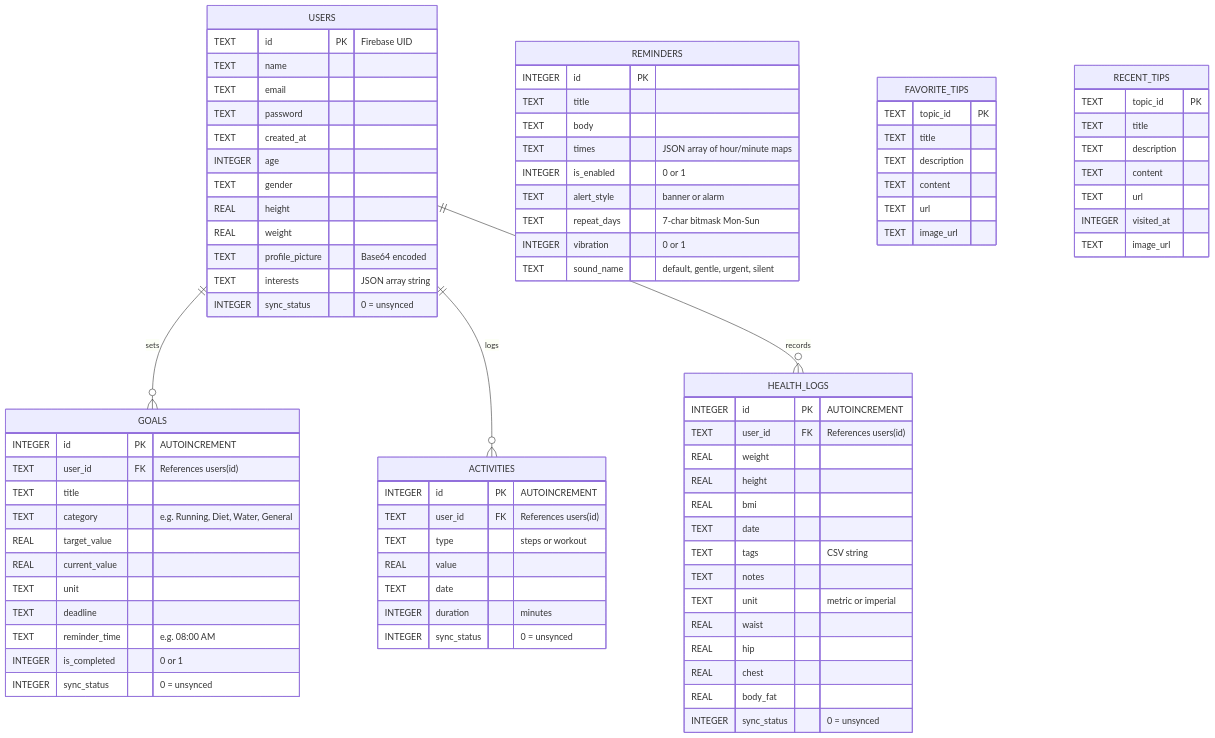
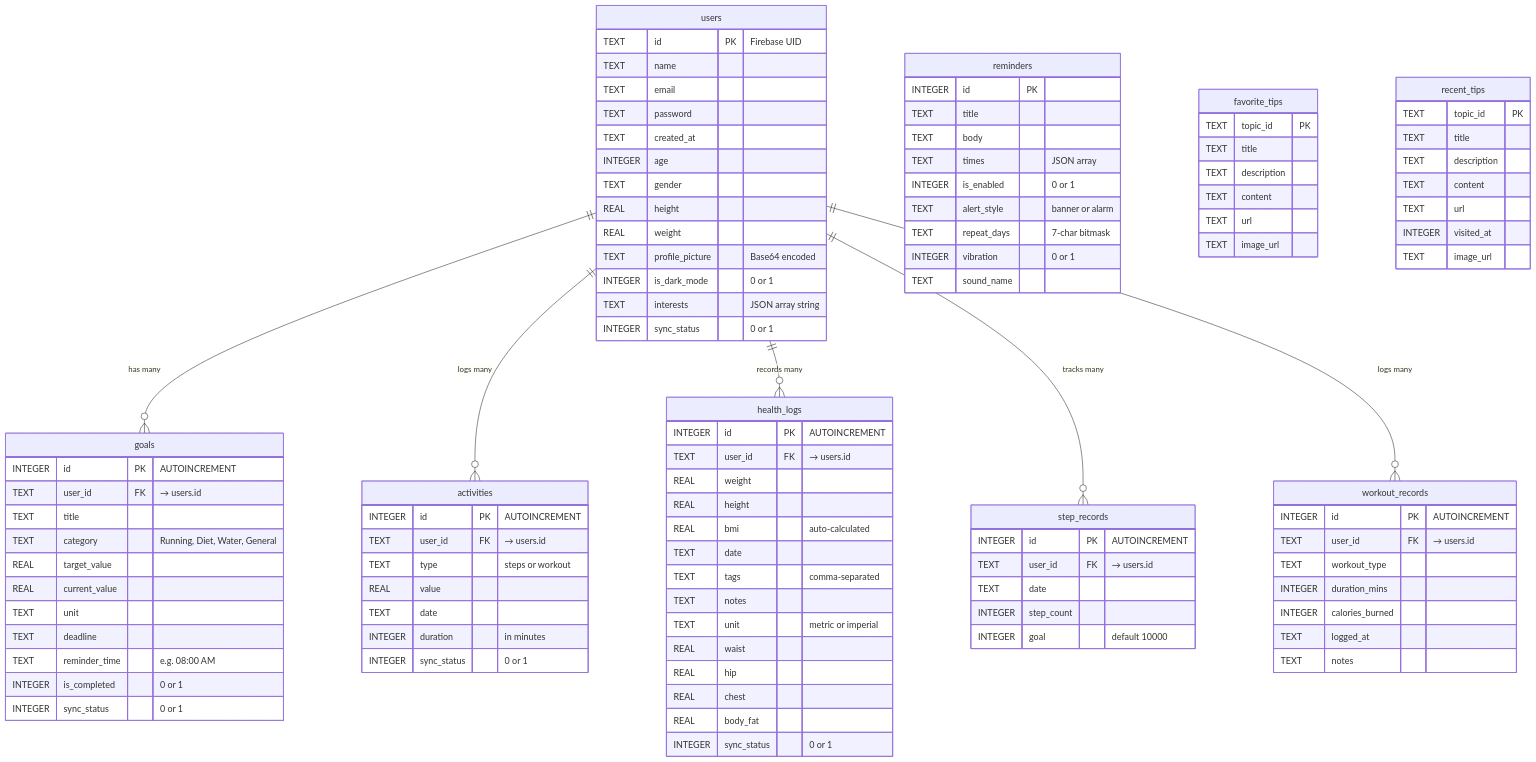
The diagram in er_diagram.md (DuvinduDinethminDevendra/health_monitor-application), drawn with Mermaid before and after one commit. The commit also changed other lines of this file and 4 other files, not shown here.

First line of the commit message:
Update ER diagram; add report and visuals

````diff
--- a/er_diagram.md
+++ b/er_diagram.md
@@ -5,6 +5,6 @@
 ```mermaid
 erDiagram
-    USERS {
+    users {
         TEXT id PK "Firebase UID"
         TEXT name
         TEXT email
@@ -15,64 +15,83 @@
         REAL height
         REAL weight
         TEXT profile_picture "Base64 encoded"
+        INTEGER is_dark_mode "0 or 1"
         TEXT interests "JSON array string"
-        INTEGER sync_status "0 = unsynced"
+        INTEGER sync_status "0 or 1"
     }
 
-    GOALS {
+    goals {
         INTEGER id PK "AUTOINCREMENT"
-        TEXT user_id FK "References users(id)"
+        TEXT user_id FK "→ users.id"
         TEXT title
-        TEXT category "e.g. Running, Diet, Water, General"
+        TEXT category "Running, Diet, Water, General"
         REAL target_value
         REAL current_value
         TEXT unit
         TEXT deadline
         TEXT reminder_time "e.g. 08:00 AM"
         INTEGER is_completed "0 or 1"
-        INTEGER sync_status "0 = unsynced"
+        INTEGER sync_status "0 or 1"
     }
 
-    ACTIVITIES {
+    activities {
         INTEGER id PK "AUTOINCREMENT"
-        TEXT user_id FK "References users(id)"
+        TEXT user_id FK "→ users.id"
         TEXT type "steps or workout"
         REAL value
         TEXT date
-        INTEGER duration "minutes"
-        INTEGER sync_status "0 = unsynced"
+        INTEGER duration "in minutes"
+        INTEGER sync_status "0 or 1"
     }
 
-    HEALTH_LOGS {
+    health_logs {
         INTEGER id PK "AUTOINCREMENT"
-        TEXT user_id FK "References users(id)"
+        TEXT user_id FK "→ users.id"
         REAL weight
         REAL height
-        REAL bmi
+        REAL bmi "auto-calculated"
         TEXT date
-        TEXT tags "CSV string"
+        TEXT tags "comma-separated"
         TEXT notes
         TEXT unit "metric or imperial"
         REAL waist
         REAL hip
         REAL chest
         REAL body_fat
-        INTEGER sync_status "0 = unsynced"
+        INTEGER sync_status "0 or 1"
     }
 
-    REMINDERS {
+    step_records {
+        INTEGER id PK "AUTOINCREMENT"
+        TEXT user_id FK "→ users.id"
+        TEXT date
+        INTEGER step_count
+        INTEGER goal "default 10000"
+    }
+
+    workout_records {
+        INTEGER id PK "AUTOINCREMENT"
+        TEXT user_id FK "→ users.id"
+        TEXT workout_type
+        INTEGER duration_mins
+        INTEGER calories_burned
+        TEXT logged_at
+        TEXT notes
+    }
+
+    reminders {
         INTEGER id PK
         TEXT title
         TEXT body
-        TEXT times "JSON array of hour/minute maps"
+        TEXT times "JSON array"
         INTEGER is_enabled "0 or 1"
         TEXT alert_style "banner or alarm"
-        TEXT repeat_days "7-char bitmask Mon-Sun"
+        TEXT repeat_days "7-char bitmask"
         INTEGER vibration "0 or 1"
-        TEXT sound_name "default, gentle, urgent, silent"
+        TEXT sound_name
     }
 
-    FAVORITE_TIPS {
+    favorite_tips {
         TEXT topic_id PK
         TEXT title
         TEXT description
@@ -81,7 +100,7 @@
         TEXT image_url
     }
 
-    RECENT_TIPS {
+    recent_tips {
         TEXT topic_id PK
         TEXT title
         TEXT description
@@ -91,7 +110,9 @@
         TEXT image_url
     }
 
-    USERS ||--o{ GOALS : "sets"
-    USERS ||--o{ ACTIVITIES : "logs"
-    USERS ||--o{ HEALTH_LOGS : "records"
+    users ||--o{ goals : "has many"
+    users ||--o{ activities : "logs many"
+    users ||--o{ health_logs : "records many"
+    users ||--o{ step_records : "tracks many"
+    users ||--o{ workout_records : "logs many"
 ```
````
